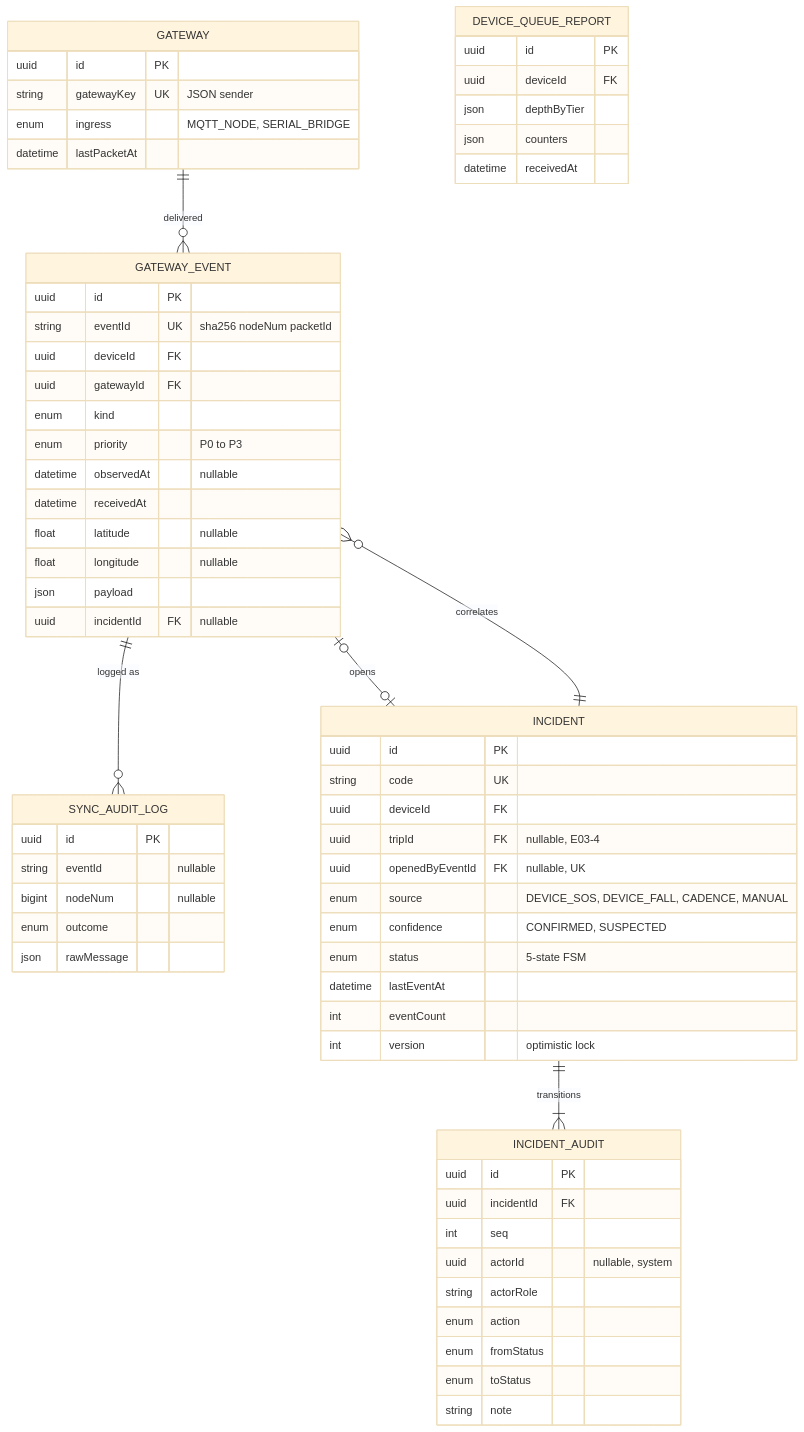
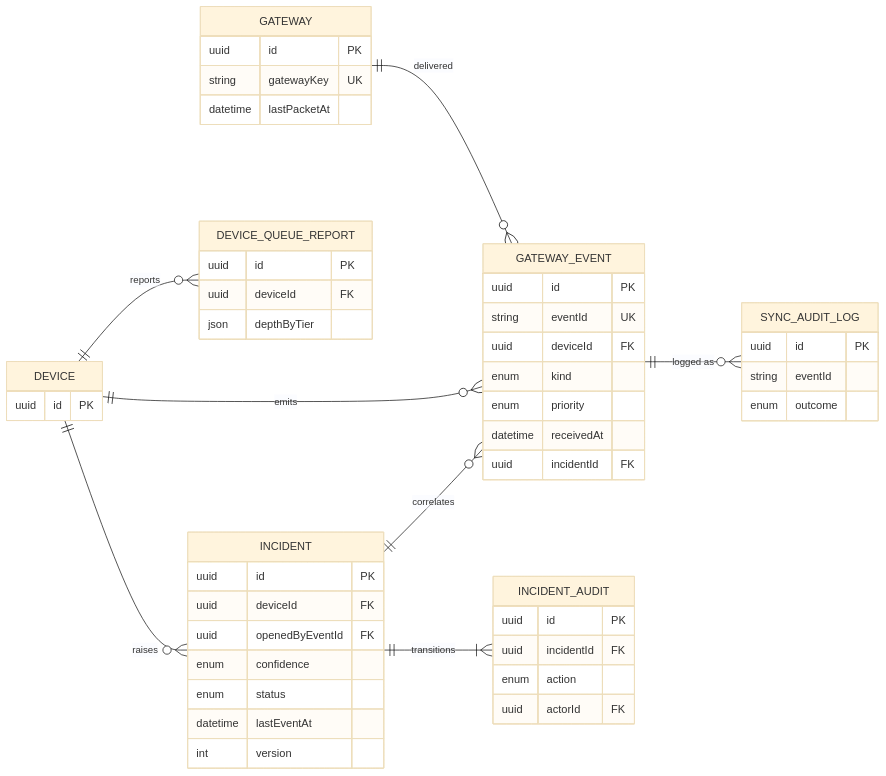
Before and after one commit to TrekLink-Team/treklink-web: the tenth of 11 diagrams in specs/platform/design.md, drawn with Mermaid (base theme). The commit also changed other lines of this file and 30 other files, not shown here.

````diff
--- a/specs/platform/design.md
+++ b/specs/platform/design.md
@@ -493,66 +451,53 @@
 ```mermaid
 erDiagram
+    direction LR
+    DEVICE {
+        uuid id PK
+    }
     GATEWAY {
         uuid id PK
-        string gatewayKey UK "JSON sender"
-        enum ingress "MQTT_NODE, SERIAL_BRIDGE"
+        string gatewayKey UK
         datetime lastPacketAt
     }
     GATEWAY_EVENT {
         uuid id PK
-        string eventId UK "sha256 nodeNum packetId"
+        string eventId UK
         uuid deviceId FK
-        uuid gatewayId FK
         enum kind
-        enum priority "P0 to P3"
-        datetime observedAt "nullable"
+        enum priority
         datetime receivedAt
-        float latitude "nullable"
-        float longitude "nullable"
-        json payload
-        uuid incidentId FK "nullable"
+        uuid incidentId FK
     }
     SYNC_AUDIT_LOG {
         uuid id PK
-        string eventId "nullable"
-        bigint nodeNum "nullable"
+        string eventId
         enum outcome
-        json rawMessage
     }
     DEVICE_QUEUE_REPORT {
         uuid id PK
         uuid deviceId FK
         json depthByTier
-        json counters
-        datetime receivedAt
     }
     INCIDENT {
         uuid id PK
-        string code UK
         uuid deviceId FK
-        uuid tripId FK "nullable, E03-4"
-        uuid openedByEventId FK "nullable, UK"
-        enum source "DEVICE_SOS, DEVICE_FALL, CADENCE, MANUAL"
-        enum confidence "CONFIRMED, SUSPECTED"
-        enum status "5-state FSM"
+        uuid openedByEventId FK
+        enum confidence
+        enum status
         datetime lastEventAt
-        int eventCount
-        int version "optimistic lock"
+        int version
     }
     INCIDENT_AUDIT {
         uuid id PK
         uuid incidentId FK
-        int seq
-        uuid actorId "nullable, system"
-        string actorRole
         enum action
-        enum fromStatus
-        enum toStatus
-        string note
+        uuid actorId FK
     }
     GATEWAY ||--o{ GATEWAY_EVENT : "delivered"
+    DEVICE ||--o{ GATEWAY_EVENT : "emits"
+    DEVICE ||--o{ DEVICE_QUEUE_REPORT : "reports"
     GATEWAY_EVENT ||--o{ SYNC_AUDIT_LOG : "logged as"
-    GATEWAY_EVENT |o--o| INCIDENT : "opens"
+    DEVICE ||--o{ INCIDENT : "raises"
     INCIDENT ||--o{ GATEWAY_EVENT : "correlates"
     INCIDENT ||--|{ INCIDENT_AUDIT : "transitions"
 ```
````
